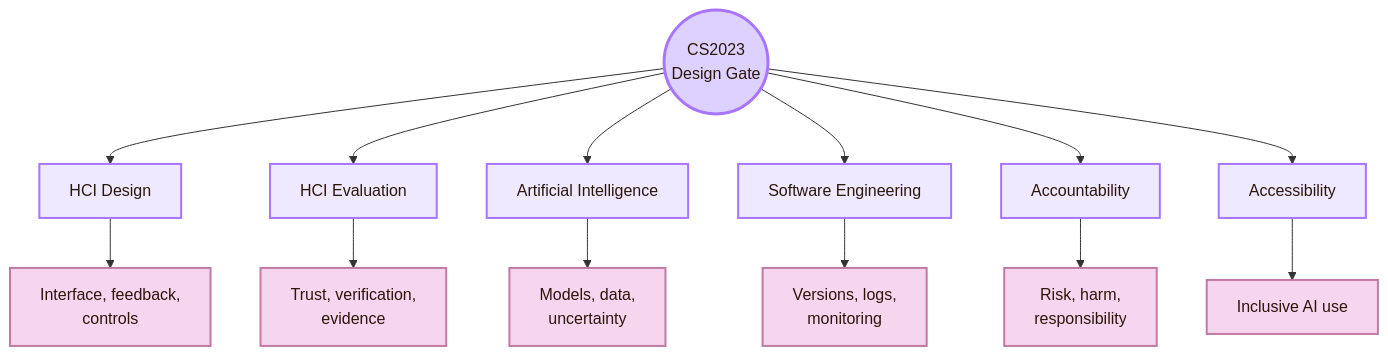
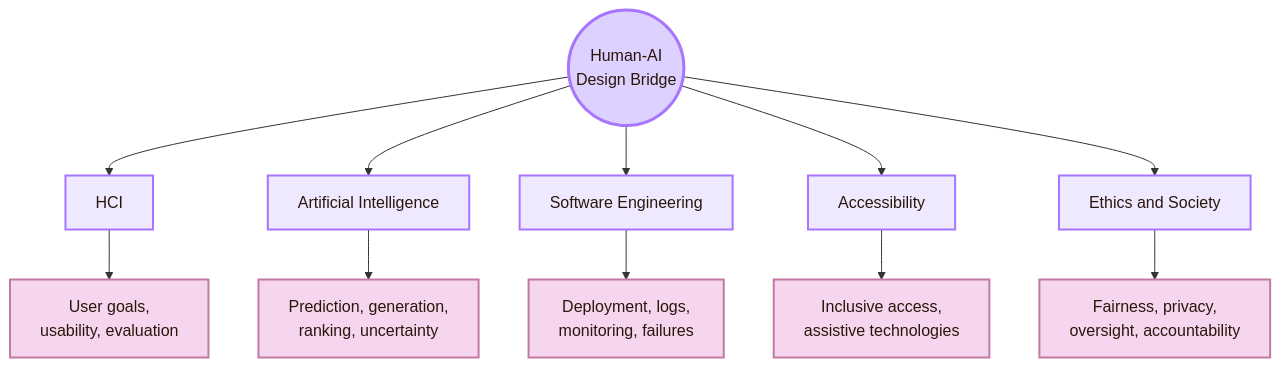
The second of 7 diagrams in 01_Core_Area_HCI/001_Subareas/05_Human_AI_Interaction/Activities/Design.md (andreitegzes06-ui/CogniShire), drawn with Mermaid before and after one commit. The commit also changed other lines of this file and 131 other files, not shown here.

````diff
--- a/01_Core_Area_HCI/001_Subareas/05_Human_AI_Interaction/Activities/Design.md
+++ b/01_Core_Area_HCI/001_Subareas/05_Human_AI_Interaction/Activities/Design.md
@@ -126,26 +103,24 @@
 ```mermaid
 flowchart TB
-    A((CS2023<br/>Design Gate))
+    A((Human-AI<br/>Design Bridge))
 
-    A --> B[HCI Design]
-    A --> C[HCI Evaluation]
-    A --> D[Artificial Intelligence]
-    A --> E[Software Engineering]
-    A --> F[Accountability]
-    A --> G[Accessibility]
+    A --> B[HCI]
+    A --> C[Artificial Intelligence]
+    A --> D[Software Engineering]
+    A --> E[Accessibility]
+    A --> F[Ethics and Society]
 
-    B --> B1[Interface, feedback,<br/>controls]
-    C --> C1[Trust, verification,<br/>evidence]
-    D --> D1[Models, data,<br/>uncertainty]
-    E --> E1[Versions, logs,<br/>monitoring]
-    F --> F1[Risk, harm,<br/>responsibility]
-    G --> G1[Inclusive AI use]
+    B --> B1[User goals,<br/>usability, evaluation]
+    C --> C1[Prediction, generation,<br/>ranking, uncertainty]
+    D --> D1[Deployment, logs,<br/>monitoring, failures]
+    E --> E1[Inclusive access,<br/>assistive technologies]
+    F --> F1[Fairness, privacy,<br/>oversight, accountability]
 
     classDef center fill:#ddd2ff,stroke:#a875ff,color:#2b160b,stroke-width:3px;
     classDef node fill:#eee9ff,stroke:#a875ff,color:#2b160b,stroke-width:2px;
     classDef detail fill:#f6d6ee,stroke:#c27aa2,color:#2b160b,stroke-width:2px;
 
     class A center;
-    class B,C,D,E,F,G node;
-    class B1,C1,D1,E1,F1,G1 detail;
+    class B,C,D,E,F node;
+    class B1,C1,D1,E1,F1 detail;
 ```
````
